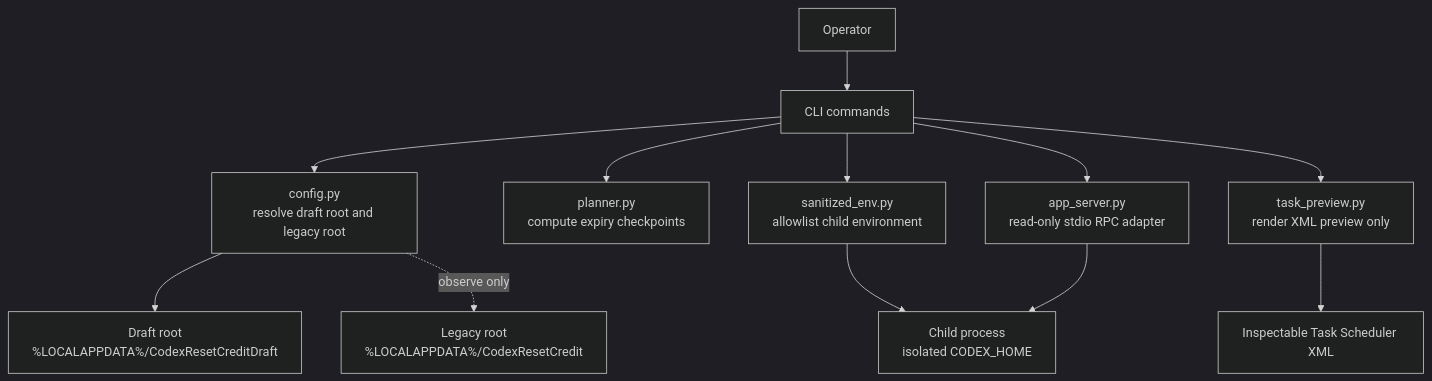
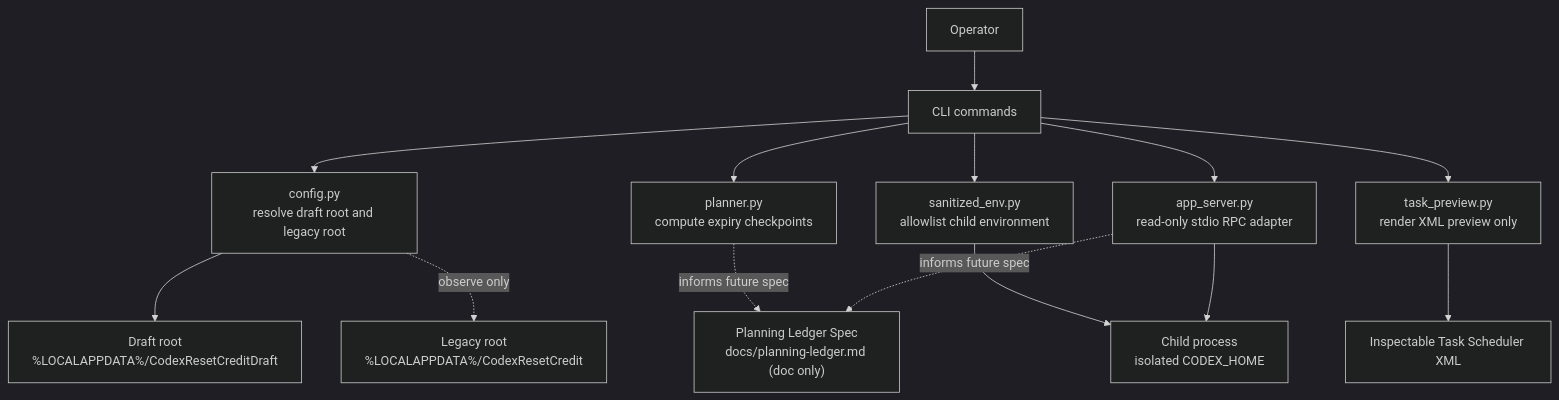
One commit to igorsaevets/codex-reset-credit-manager-cleanroom changed the diagram in docs/architecture.md. Above: the diagram before and after it, drawn with Mermaid (dark theme). The commit also changed other lines of this file and 6 other files, not shown here.

Commit message:
docs: add phase 1.5 planning ledger

````diff
--- a/docs/architecture.md
+++ b/docs/architecture.md
@@ -65,14 +66,16 @@
 ```mermaid
 flowchart TD
     User["Operator"] --> CLI["CLI commands"]
     CLI --> Config["config.py\nresolve draft root and legacy root"]
     CLI --> Planner["planner.py\ncompute expiry checkpoints"]
     CLI --> Env["sanitized_env.py\nallowlist child environment"]
     CLI --> AppServer["app_server.py\nread-only stdio RPC adapter"]
+    Planner -. informs future spec .-> Ledger["Planning Ledger Spec\ndocs/planning-ledger.md (doc only)"]
+    AppServer -. informs future spec .-> Ledger
     CLI --> Task["task_preview.py\nrender XML preview only"]
     Config --> Draft["Draft root\n%LOCALAPPDATA%/CodexResetCreditDraft"]
     Config -. observe only .-> Legacy["Legacy root\n%LOCALAPPDATA%/CodexResetCredit"]
     Env --> Child["Child process\nisolated CODEX_HOME"]
     AppServer --> Child
     Task --> Xml["Inspectable Task Scheduler XML"]
 ```
````
